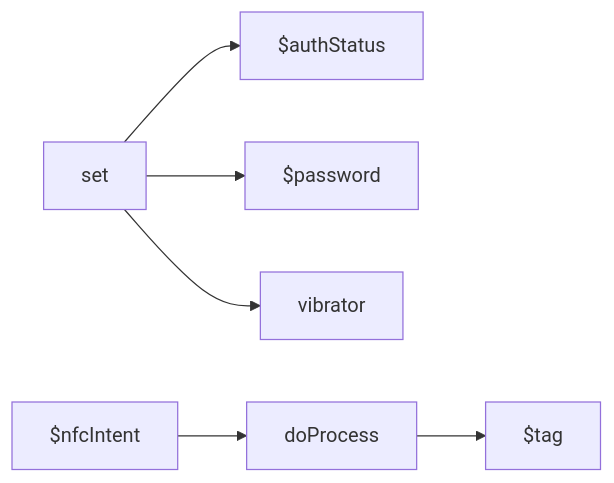
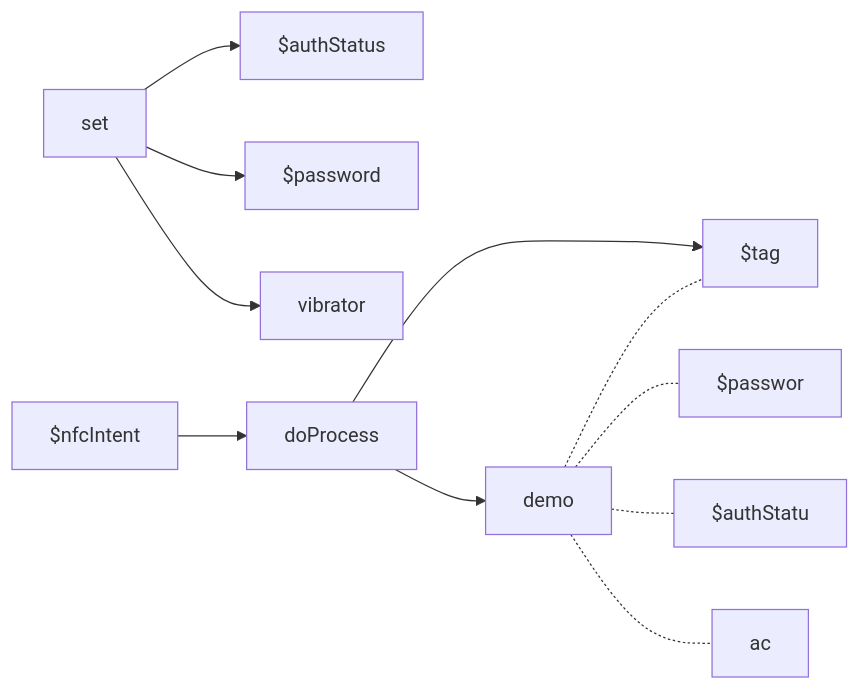
One commit to gordianknotC/nxp_note changed the fourth of 4 diagrams in nxp/MainActivity.md. Above: the diagram before and after it, drawn with Mermaid. The commit also changed other lines of this file, not shown here.

Commit message:
nxp/MainActivity.md updated from https://stackedit.io/

````diff
--- a/nxp/MainActivity.md
+++ b/nxp/MainActivity.md
@@ -37,8 +37,13 @@
 ```mermaid
 graph LR
 	set --> $authStatus
 	set --> $password
 	set --> vibrator
 	$nfcIntent --> doProcess
 	doProcess --> $tag
+	doProcess --> demo
+	demo -.- $passwor
+	demo -.- $authStatu
+	demo -.- $tag
+	demo -.- ac
 ```
````
